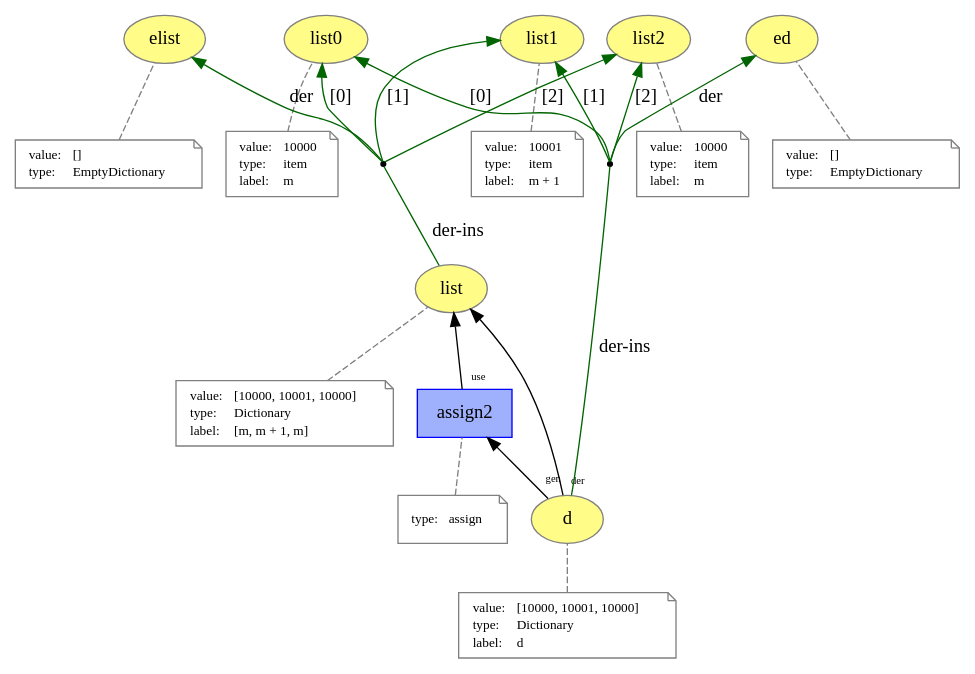
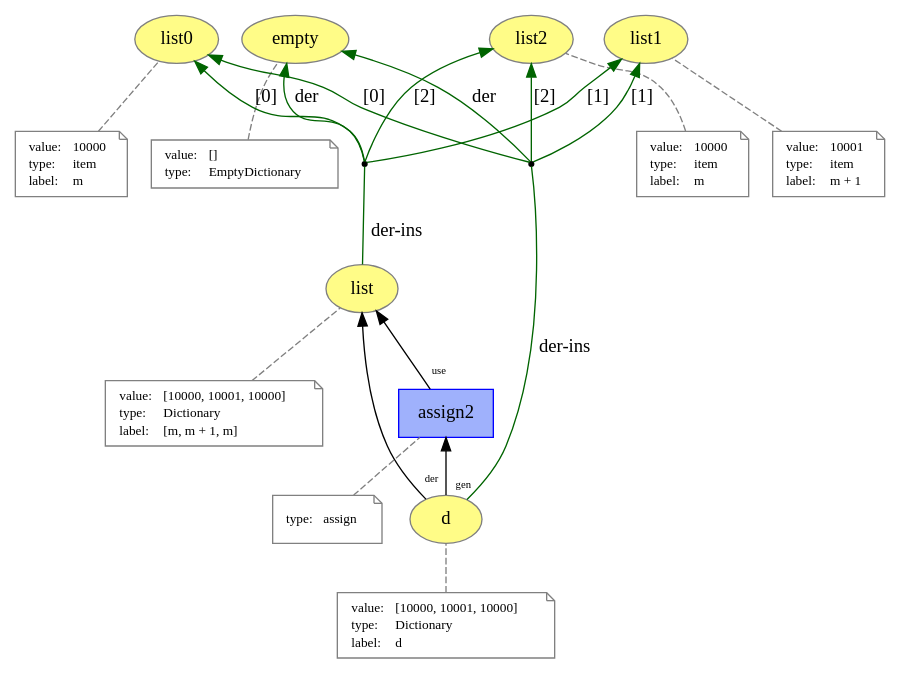
The diagram in images/prov_dictionary/list_assign.dot (dew-uff/versioned-prov), drawn with Graphviz before and after one commit. The commit also changed 31 other files, not shown here.

```diff
--- a/images/prov_dictionary/list_assign.dot
+++ b/images/prov_dictionary/list_assign.dot
@@ -1,129 +1,117 @@
 digraph "PROV" { size="16,12"; rankdir="BT";
-"http://example.org/elist" [fillcolor="#FFFC87",color="#808080",style="filled",label="elist",URL="http://example.org/elist"]
+"http://example.org/empty" [fillcolor="#FFFC87",color="#808080",style="filled",label="empty",URL="http://example.org/empty"]
 "-attrs0" [color="gray",shape="note",fontsize="10",fontcolor="black",label=<<TABLE cellpadding="0" border="0">
 	<TR>
 	    <TD align="left">value:</TD>
 	    <TD align="left">[]</TD>
 	</TR>
 	<TR>
 	    <TD align="left">type:</TD>
 	    <TD align="left">EmptyDictionary</TD>
 	</TR>
 </TABLE>>]
-"-attrs0" -> "http://example.org/elist" [color="gray",style="dashed",arrowhead="none"]
+"-attrs0" -> "http://example.org/empty" [color="gray",style="dashed",arrowhead="none"]
 "http://example.org/list" [fillcolor="#FFFC87",color="#808080",style="filled",label="list",URL="http://example.org/list"]
 "-attrs1" [color="gray",shape="note",fontsize="10",fontcolor="black",label=<<TABLE cellpadding="0" border="0">
 	<TR>
 	    <TD align="left">value:</TD>
 	    <TD align="left">[10000, 10001, 10000]</TD>
 	</TR>
 	<TR>
 	    <TD align="left">type:</TD>
 	    <TD align="left">Dictionary</TD>
 	</TR>
 	<TR>
 	    <TD align="left">label:</TD>
 	    <TD align="left">[m, m + 1, m]</TD>
 	</TR>
 </TABLE>>]
 "-attrs1" -> "http://example.org/list" [color="gray",style="dashed",arrowhead="none"]
 "http://example.org/list0" [fillcolor="#FFFC87",color="#808080",style="filled",label="list0",URL="http://example.org/list0"]
 "-attrs2" [color="gray",shape="note",fontsize="10",fontcolor="black",label=<<TABLE cellpadding="0" border="0">
 	<TR>
 	    <TD align="left">value:</TD>
 	    <TD align="left">10000</TD>
 	</TR>
 	<TR>
 	    <TD align="left">type:</TD>
 	    <TD align="left">item</TD>
 	</TR>
 	<TR>
 	    <TD align="left">label:</TD>
 	    <TD align="left">m</TD>
 	</TR>
 </TABLE>>]
 "-attrs2" -> "http://example.org/list0" [color="gray",style="dashed",arrowhead="none"]
 "http://example.org/list1" [fillcolor="#FFFC87",color="#808080",style="filled",label="list1",URL="http://example.org/list1"]
 "-attrs3" [color="gray",shape="note",fontsize="10",fontcolor="black",label=<<TABLE cellpadding="0" border="0">
 	<TR>
 	    <TD align="left">value:</TD>
 	    <TD align="left">10001</TD>
 	</TR>
 	<TR>
 	    <TD align="left">type:</TD>
 	    <TD align="left">item</TD>
 	</TR>
 	<TR>
 	    <TD align="left">label:</TD>
 	    <TD align="left">m + 1</TD>
 	</TR>
 </TABLE>>]
 "-attrs3" -> "http://example.org/list1" [color="gray",style="dashed",arrowhead="none"]
 "http://example.org/list2" [fillcolor="#FFFC87",color="#808080",style="filled",label="list2",URL="http://example.org/list2"]
 "-attrs4" [color="gray",shape="note",fontsize="10",fontcolor="black",label=<<TABLE cellpadding="0" border="0">
 	<TR>
 	    <TD align="left">value:</TD>
 	    <TD align="left">10000</TD>
 	</TR>
 	<TR>
 	    <TD align="left">type:</TD>
 	    <TD align="left">item</TD>
 	</TR>
 	<TR>
 	    <TD align="left">label:</TD>
 	    <TD align="left">m</TD>
 	</TR>
 </TABLE>>]
 "-attrs4" -> "http://example.org/list2" [color="gray",style="dashed",arrowhead="none"]
 "bn0" [shape="point",label=""]
 "http://example.org/list" -> "bn0" [labelfontsize="8",labeldistance="1.5",color="darkgreen",labelangle="60.0",rotation="20",label="der-ins",arrowhead="none"]
-"bn0" -> "http://example.org/elist" [labelfontsize="8",labeldistance="1.5",color="darkgreen",labelangle="60.0",rotation="20",label="der"]
+"bn0" -> "http://example.org/empty" [labelfontsize="8",labeldistance="1.5",color="darkgreen",labelangle="60.0",rotation="20",label="der"]
 "bn0" -> "http://example.org/list0" [labelfontsize="8",labeldistance="1.5",color="darkgreen",labelangle="60.0",rotation="20",label="[0]"]
 "bn0" -> "http://example.org/list1" [labelfontsize="8",labeldistance="1.5",color="darkgreen",labelangle="60.0",rotation="20",label="[1]"]
 "bn0" -> "http://example.org/list2" [labelfontsize="8",labeldistance="1.5",color="darkgreen",labelangle="60.0",rotation="20",label="[2]"]
-"http://example.org/ed" [fillcolor="#FFFC87",color="#808080",style="filled",label="ed",URL="http://example.org/ed"]
+"http://example.org/d" [fillcolor="#FFFC87",color="#808080",style="filled",label="d",URL="http://example.org/d"]
 "-attrs5" [color="gray",shape="note",fontsize="10",fontcolor="black",label=<<TABLE cellpadding="0" border="0">
-	<TR>
-	    <TD align="left">value:</TD>
-	    <TD align="left">[]</TD>
-	</TR>
-	<TR>
-	    <TD align="left">type:</TD>
-	    <TD align="left">EmptyDictionary</TD>
-	</TR>
-</TABLE>>]
-"-attrs5" -> "http://example.org/ed" [color="gray",style="dashed",arrowhead="none"]
-"http://example.org/d" [fillcolor="#FFFC87",color="#808080",style="filled",label="d",URL="http://example.org/d"]
-"-attrs6" [color="gray",shape="note",fontsize="10",fontcolor="black",label=<<TABLE cellpadding="0" border="0">
 	<TR>
 	    <TD align="left">value:</TD>
 	    <TD align="left">[10000, 10001, 10000]</TD>
 	</TR>
 	<TR>
 	    <TD align="left">type:</TD>
 	    <TD align="left">Dictionary</TD>
 	</TR>
 	<TR>
 	    <TD align="left">label:</TD>
 	    <TD align="left">d</TD>
 	</TR>
 </TABLE>>]
-"-attrs6" -> "http://example.org/d" [color="gray",style="dashed",arrowhead="none"]
+"-attrs5" -> "http://example.org/d" [color="gray",style="dashed",arrowhead="none"]
 "bn1" [shape="point",label=""]
 "http://example.org/d" -> "bn1" [labelfontsize="8",labeldistance="1.5",color="darkgreen",labelangle="60.0",rotation="20",label="der-ins",arrowhead="none"]
-"bn1" -> "http://example.org/ed" [labelfontsize="8",labeldistance="1.5",color="darkgreen",labelangle="60.0",rotation="20",label="der"]
+"bn1" -> "http://example.org/empty" [labelfontsize="8",labeldistance="1.5",color="darkgreen",labelangle="60.0",rotation="20",label="der"]
 "bn1" -> "http://example.org/list0" [labelfontsize="8",labeldistance="1.5",color="darkgreen",labelangle="60.0",rotation="20",label="[0]"]
 "bn1" -> "http://example.org/list1" [labelfontsize="8",labeldistance="1.5",color="darkgreen",labelangle="60.0",rotation="20",label="[1]"]
 "bn1" -> "http://example.org/list2" [labelfontsize="8",labeldistance="1.5",color="darkgreen",labelangle="60.0",rotation="20",label="[2]"]
 "http://example.org/assign2" [fillcolor="#9FB1FC",color="#0000FF",shape="polygon",sides="4",style="filled",label="assign2",URL="http://example.org/assign2"]
-"-attrs7" [color="gray",shape="note",fontsize="10",fontcolor="black",label=<<TABLE cellpadding="0" border="0">
+"-attrs6" [color="gray",shape="note",fontsize="10",fontcolor="black",label=<<TABLE cellpadding="0" border="0">
 	<TR>
 	    <TD align="left">type:</TD>
 	    <TD align="left">assign</TD>
 	</TR>
 </TABLE>>]
-"-attrs7" -> "http://example.org/assign2" [color="gray",style="dashed",arrowhead="none"]
+"-attrs6" -> "http://example.org/assign2" [color="gray",style="dashed",arrowhead="none"]
 "http://example.org/assign2" -> "http://example.org/list" [labelfontsize="8",labeldistance="1.5",labelangle="60.0",rotation="20",taillabel="use"]
 "http://example.org/d" -> "http://example.org/assign2" [labelfontsize="8",labeldistance="1.5",labelangle="60.0",rotation="20",taillabel="gen"]
 "http://example.org/d" -> "http://example.org/list" [labelfontsize="8",labeldistance="1.5",labelangle="60.0",rotation="20",taillabel="der"]
 }
```
